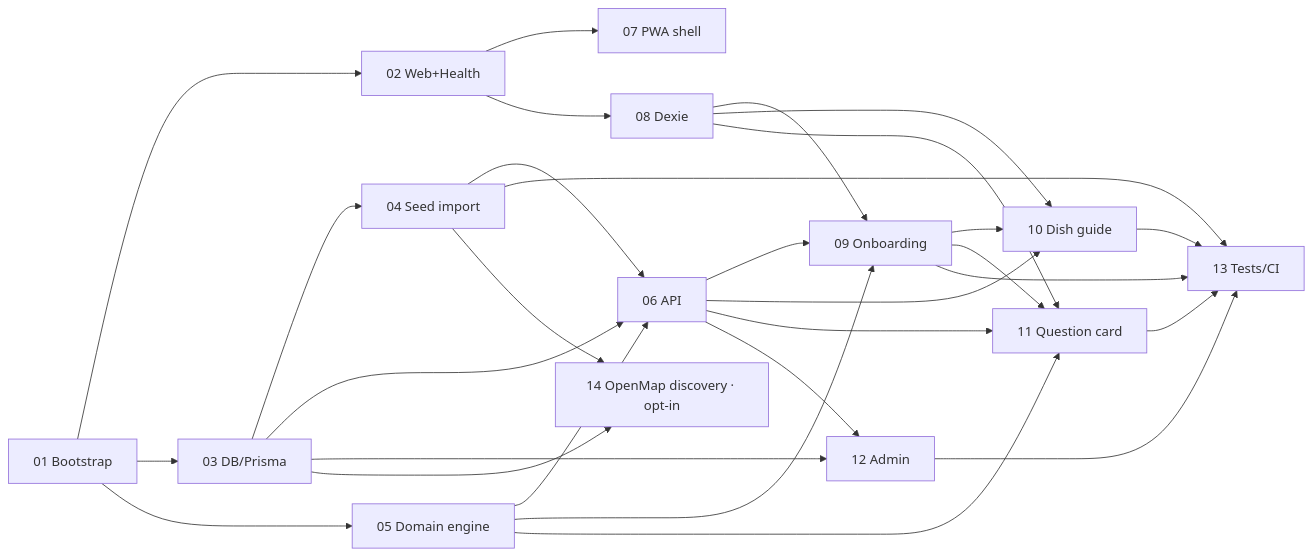
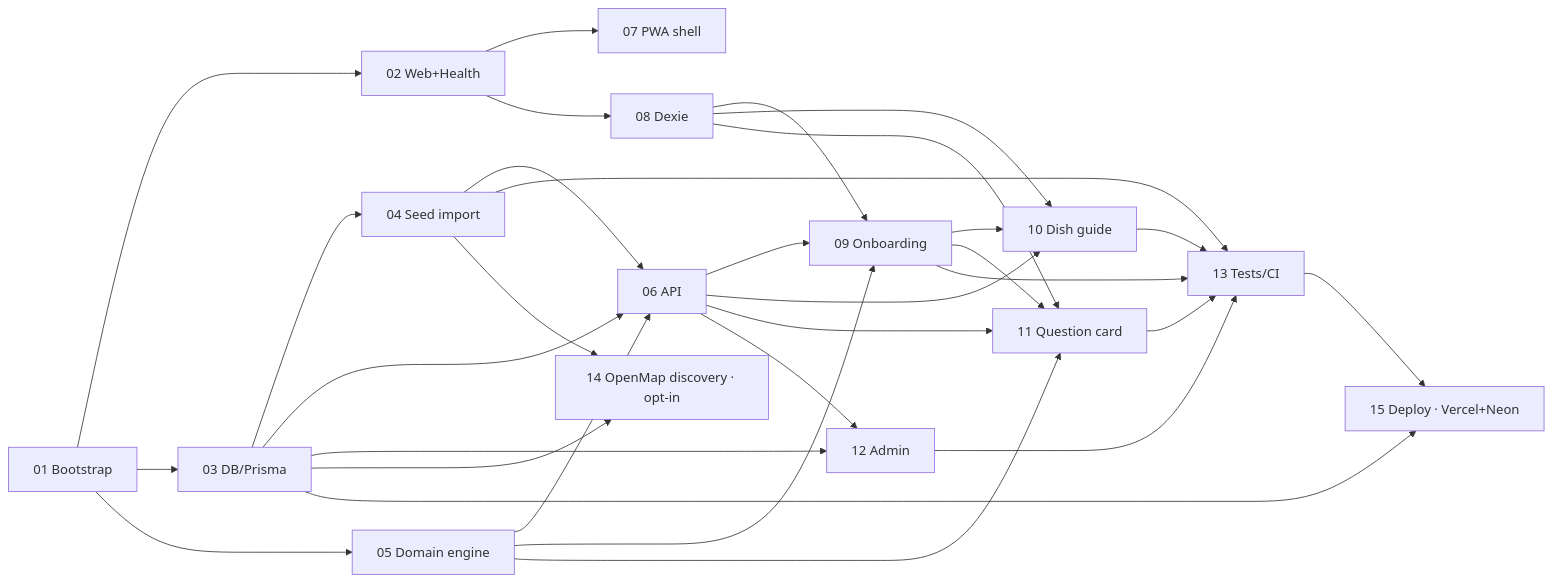
The diagram in plans/20260708-1335-safebite-phase-0-1-implementation/plan.md (TuNM17421/safe_bites), drawn with Mermaid before and after one commit. The commit also changed other lines of this file and 6 other files, not shown here.

````diff
--- a/plans/20260708-1335-safebite-phase-0-1-implementation/plan.md
+++ b/plans/20260708-1335-safebite-phase-0-1-implementation/plan.md
@@ -43,31 +45,33 @@
 ```mermaid
 flowchart LR
   P01[01 Bootstrap] --> P02[02 Web+Health]
   P01 --> P03[03 DB/Prisma]
   P01 --> P05[05 Domain engine]
   P03 --> P04[04 Seed import]
   P03 --> P06[06 API]
   P05 --> P06
   P04 --> P06
   P02 --> P07[07 PWA shell]
   P02 --> P08[08 Dexie]
   P05 --> P09[09 Onboarding]
   P06 --> P09
   P08 --> P09
   P06 --> P10[10 Dish guide]
   P08 --> P10
   P09 --> P10
   P05 --> P11[11 Question card]
   P06 --> P11
   P08 --> P11
   P09 --> P11
   P03 --> P12[12 Admin]
   P06 --> P12
   P04 --> P13[13 Tests/CI]
   P09 --> P13
   P10 --> P13
   P11 --> P13
   P12 --> P13
   P03 --> P14[14 OpenMap discovery · opt-in]
   P04 --> P14
+  P03 --> P15[15 Deploy · Vercel+Neon]
+  P13 --> P15
 ```
````
